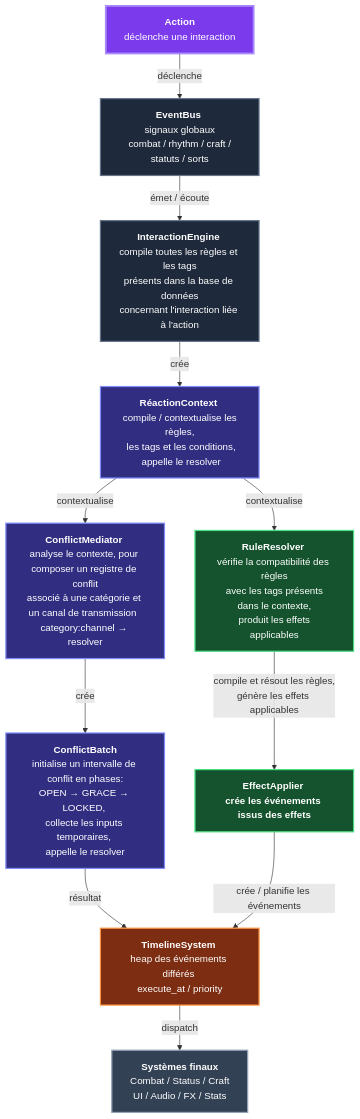
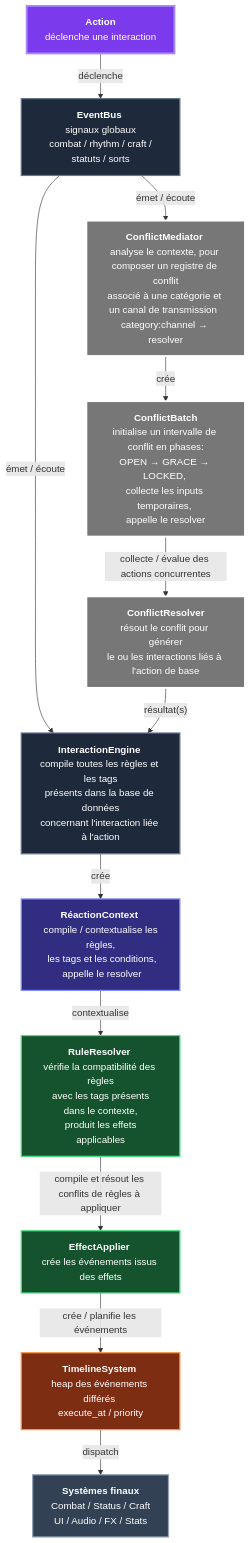
Before and after one commit to PonchioPi/CrossTrinity: the diagram in README.md, drawn with Mermaid. The commit also changed other lines of this file, not shown here.

````diff
--- a/README.md
+++ b/README.md
@@ -173,74 +125,81 @@
 ```mermaid
 flowchart TD 
 
 ACT["<b>Action</b> 
 déclenche une interaction"] 
 
 EB["<b>EventBus</b> 
 signaux globaux
  combat / rhythm / craft / statuts / sorts"] 
 
 IE["<b>InteractionEngine</b> 
 compile toutes les règles et les tags
 présents dans la base de données
 concernant l'interaction liée à l'action"]
 
 RC["<b>RéactionContext</b> 
  compile / contextualise les règles,
  les tags et les conditions,
  appelle le resolver"] 
 
 RR["<b>RuleResolver</b> 
 vérifie la compatibilité des règles
  avec les tags présents dans le contexte,
  produit les effets applicables"] 
 
 CM["<b>ConflictMediator</b> 
 analyse le contexte, pour composer un registre de conflit
 associé à une catégorie et un canal de transmission  
 category:channel → resolver"] 
 
 CB["<b>ConflictBatch</b>
 initialise un intervalle de conflit en phases:
 OPEN → GRACE → LOCKED, 
 collecte les inputs temporaires, 
-appelle le resolver"] 
+appelle le resolver"]
 
-EA["<b>EffectApplier</> 
+CR["<b>ConflictResolver</b>
+résout le conflit pour générer
+le ou les interactions liés à l'action de base"]
+
+EA["<b>EffectApplier</b> 
 crée les événements issus des effets"] 
 
 TS["<b>TimelineSystem</b> 
 heap des événements différés 
 execute_at / priority"] 
 
 OUT["<b>Systèmes finaux</b>
 Combat / Status / Craft 
 UI / Audio / FX / Stats"] 
 
 ACT -->|"déclenche"| EB 
 
-EB -->|"émet / écoute"| IE 
+EB -->|"émet / écoute"| IE
+EB -->|"émet / écoute"| CM
+
+CM -->|"crée"| CB 
+CB -->|"collecte / évalue des actions concurrentes"| CR
+CR -->|"résultat(s)"| IE
 
 IE -->|"crée"| RC 
 
-RC -->|"contextualise"| CM 
 RC -->|"contextualise"| RR 
-RR -->|"compile et résout les règles,
-génère les effets applicables"| EA 
-CM -->|"crée"| CB 
-CB -->|"résultat"| TS 
+RR -->|"compile et résout les conflits de règles à appliquer"| EA 
 EA -->|"crée / planifie les événements"| TS 
 TS -->|"dispatch"| OUT 
 classDef action fill:#7c3aed,color:#fff,stroke:#a78bfa,stroke-width:3px 
-classDef core fill:#1e293b,color:#fff,stroke:#64748b,stroke-width:2px 
+classDef core fill:#1e293b,color:#fff,stroke:#64748b,stroke-width:2px
+classDef conflict fill:#777777,color:#fff,stroke:#ffffff,stroke-width:3px
 classDef context fill:#312e81,color:#fff,stroke:#818cf8,stroke-width:2px 
 classDef resolver fill:#14532d,color:#fff,stroke:#4ade80,stroke-width:2px 
 classDef timeline fill:#7c2d12,color:#fff,stroke:#fb923c,stroke-width:2px 
 classDef output fill:#334155,color:#fff,stroke:#94a3b8,stroke-width:2px 
 class ACT action; 
-class EB,IE core; 
-class RC,CM,CB context; 
+class EB,IE core;
+class CM,CB,CR conflict;
+class RC context; 
 class RR,EA resolver;
 class TS timeline;
 class OUT output;
 ```
````
